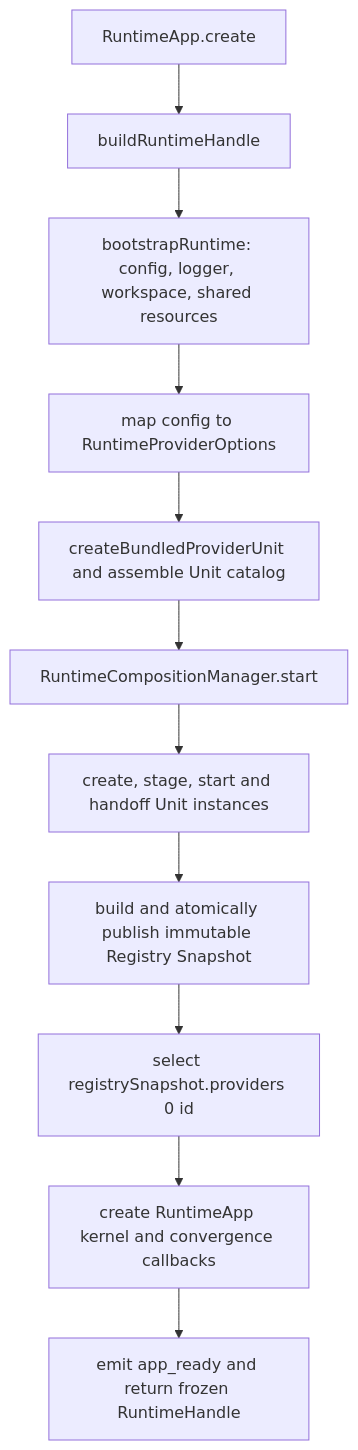
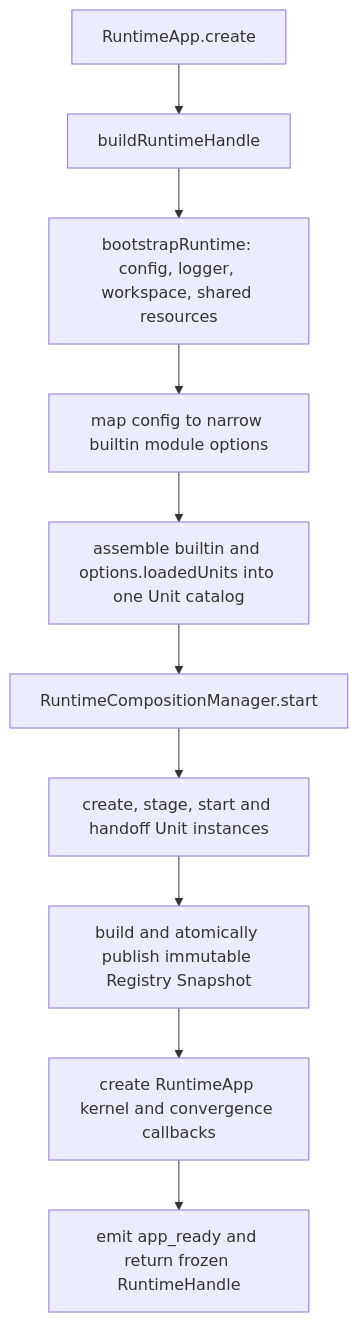
One commit to luciferwww/my-agent changed the first of 5 diagrams in docs/architecture/current/runtime.md. Above: the diagram before and after it, drawn with Mermaid. The commit also changed other lines of this file and 14 other files, not shown here.

````diff
--- a/docs/architecture/current/runtime.md
+++ b/docs/architecture/current/runtime.md
@@ -193,13 +196,12 @@
 ```mermaid
 flowchart TD
   A[RuntimeApp.create] --> B[buildRuntimeHandle]
   B --> C[bootstrapRuntime: config, logger, workspace, shared resources]
-  C --> D[map config to RuntimeProviderOptions]
-  D --> E[createBundledProviderUnit and assemble Unit catalog]
+  C --> D[map config to narrow builtin module options]
+  D --> E[assemble builtin and options.loadedUnits into one Unit catalog]
   E --> F[RuntimeCompositionManager.start]
   F --> G[create, stage, start and handoff Unit instances]
   G --> H[build and atomically publish immutable Registry Snapshot]
-  H --> I[select registrySnapshot.providers 0 id]
-  I --> J[create RuntimeApp kernel and convergence callbacks]
+  H --> J[create RuntimeApp kernel and convergence callbacks]
   J --> K[emit app_ready and return frozen RuntimeHandle]
 ```
````
